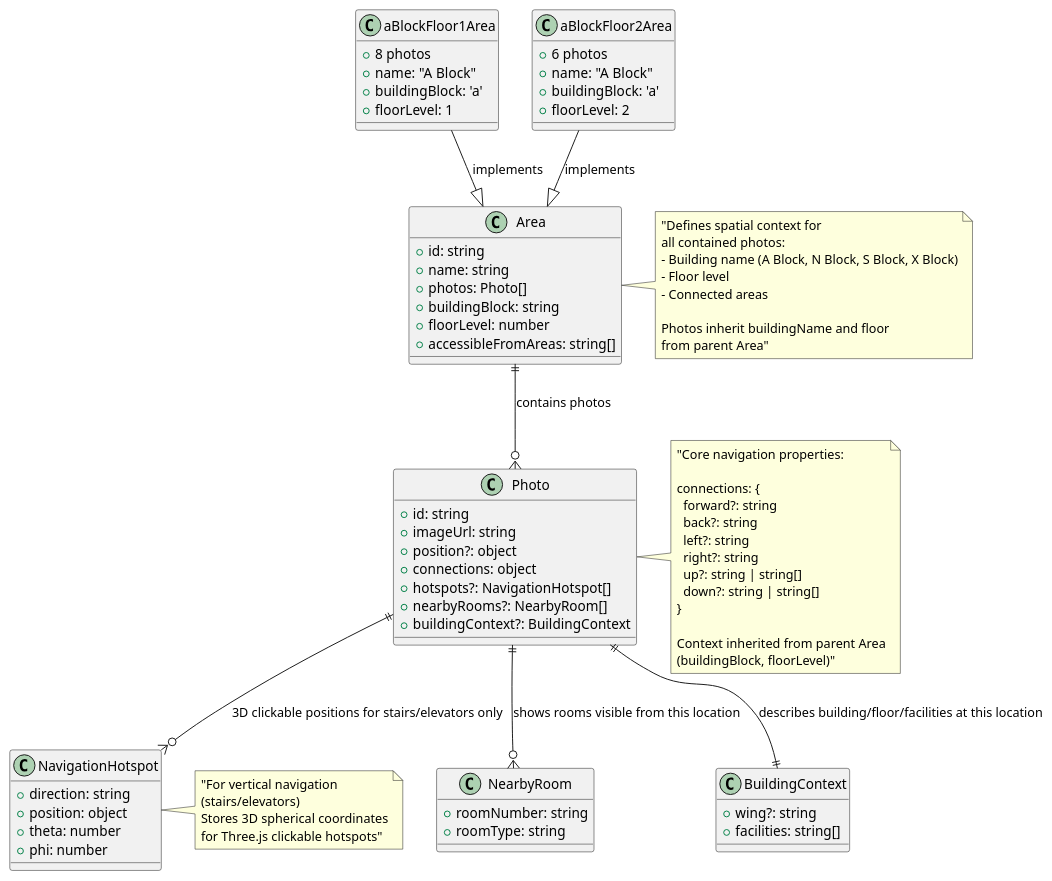
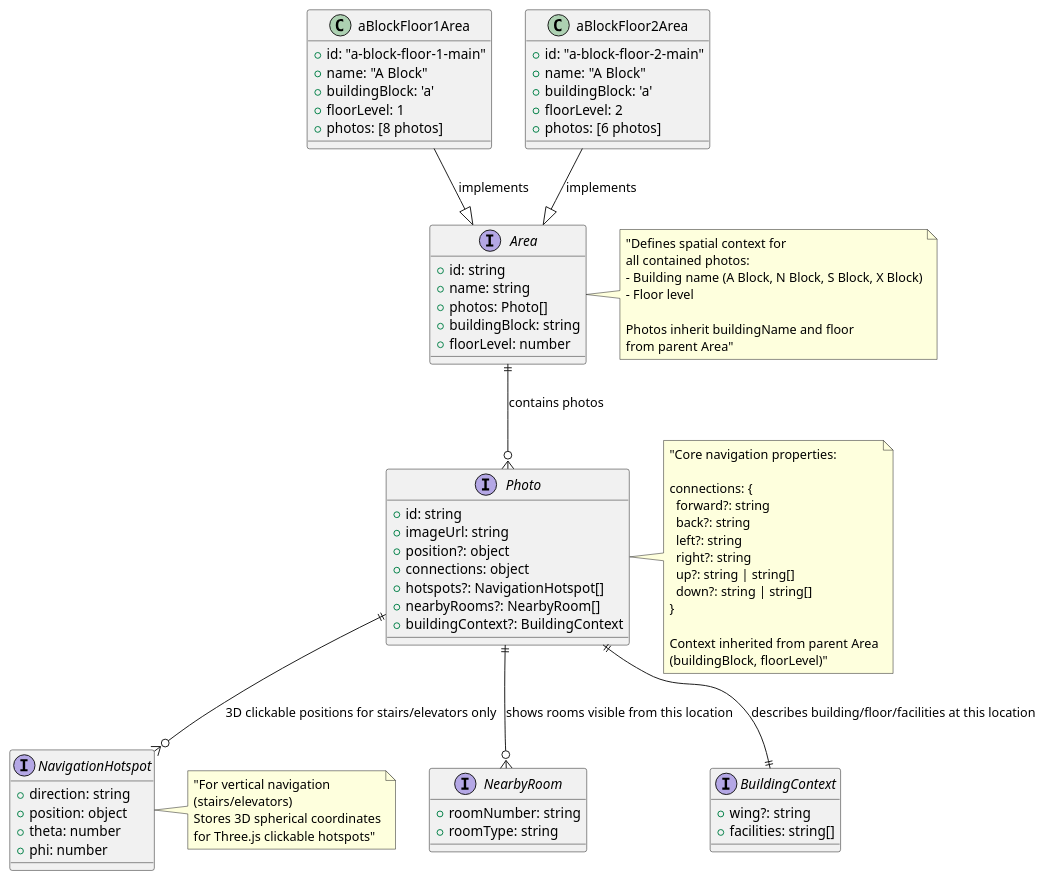
The diagram in plantuml.md (hechar788/ara-digital-orientation-experience), drawn with PlantUML before and after one commit. The commit also changed 13 other files, not shown here.

````diff
--- a/plantuml.md
+++ b/plantuml.md
@@ -5,68 +5,69 @@
 ```plantuml
 @startuml
 
-class Area {
+interface Area {
   +id: string
   +name: string
   +photos: Photo[]
   +buildingBlock: string
   +floorLevel: number
-  +accessibleFromAreas: string[]
 }
 
-class Photo {
+interface Photo {
   +id: string
   +imageUrl: string
   +position?: object
   +connections: object
   +hotspots?: NavigationHotspot[]
   +nearbyRooms?: NearbyRoom[]
   +buildingContext?: BuildingContext
 }
 
-class NavigationHotspot {
+interface NavigationHotspot {
   +direction: string
   +position: object
   +theta: number
   +phi: number
 }
 
-class NearbyRoom {
+interface NearbyRoom {
   +roomNumber: string
   +roomType: string
 }
 
-class BuildingContext {
+interface BuildingContext {
   +wing?: string
   +facilities: string[]
 }
 
 class aBlockFloor1Area {
-  +8 photos
+  +id: "a-block-floor-1-main"
   +name: "A Block"
   +buildingBlock: 'a'
   +floorLevel: 1
+  +photos: [8 photos]
 }
 
 class aBlockFloor2Area {
-  +6 photos
+  +id: "a-block-floor-2-main"
   +name: "A Block"
   +buildingBlock: 'a'
   +floorLevel: 2
+  +photos: [6 photos]
 }
 
 Area ||--o{ Photo : "contains photos"
 Photo ||--o{ NavigationHotspot : "3D clickable positions for stairs/elevators only"
 Photo ||--o{ NearbyRoom : "shows rooms visible from this location"
 Photo ||--|| BuildingContext : "describes building/floor/facilities at this location"
 aBlockFloor1Area --|> Area : "implements"
 aBlockFloor2Area --|> Area : "implements"
 
 note right of NavigationHotspot : "For vertical navigation\n(stairs/elevators)\nStores 3D spherical coordinates\nfor Three.js clickable hotspots"
 
 note right of Photo : "Core navigation properties:\n\nconnections: {\n  forward?: string\n  back?: string\n  left?: string\n  right?: string\n  up?: string | string[]\n  down?: string | string[]\n}\n\nContext inherited from parent Area\n(buildingBlock, floorLevel)"
 
-note right of Area : "Defines spatial context for\nall contained photos:\n- Building name (A Block, N Block, S Block, X Block)\n- Floor level\n- Connected areas\n\nPhotos inherit buildingName and floor\nfrom parent Area"
+note right of Area : "Defines spatial context for\nall contained photos:\n- Building name (A Block, N Block, S Block, X Block)\n- Floor level\n\nPhotos inherit buildingName and floor\nfrom parent Area"
 
 @enduml
 ```
````
